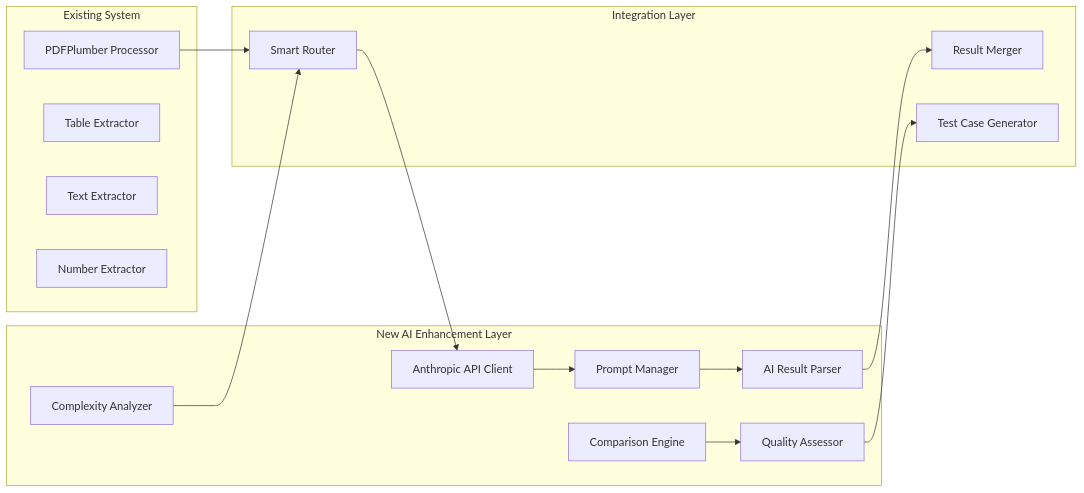
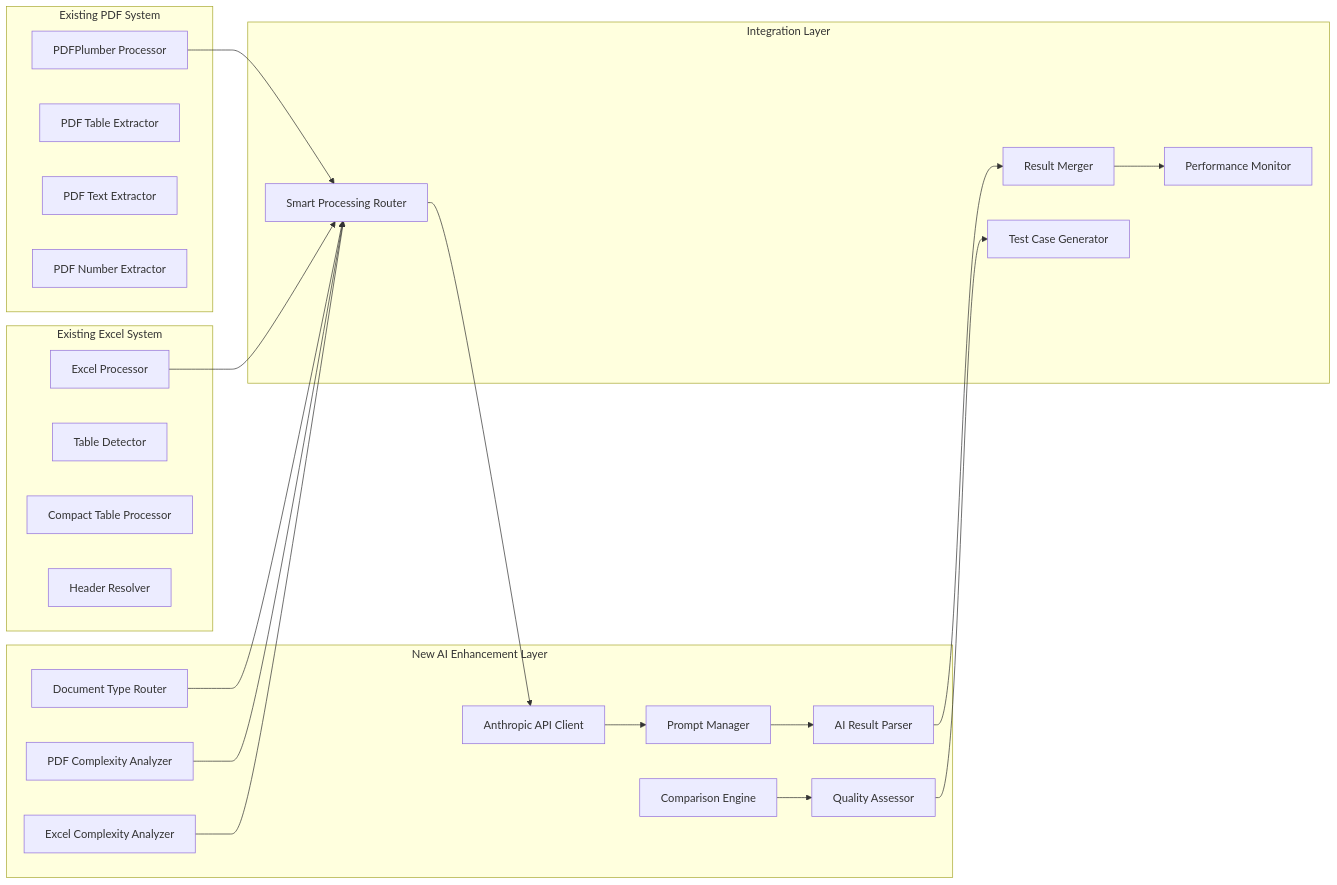
One commit to ib-agent/excel-ingest-convert-to-JSON changed the second of 2 diagrams in docs/anthropic-ai-enhancement-design.md. Above: the diagram before and after it, drawn with Mermaid. The commit also changed other lines of this file and 27 other files, not shown here.

````diff
--- a/docs/anthropic-ai-enhancement-design.md
+++ b/docs/anthropic-ai-enhancement-design.md
@@ -53,33 +216,47 @@
 ```mermaid
 graph LR
-    subgraph "Existing System"
+    subgraph "Existing PDF System"
         A[PDFPlumber Processor]
-        B[Table Extractor]
-        C[Text Extractor]
-        D[Number Extractor]
+        B[PDF Table Extractor]
+        C[PDF Text Extractor]
+        D[PDF Number Extractor]
+    end
+    
+    subgraph "Existing Excel System"
+        E[Excel Processor]
+        F[Table Detector]
+        G[Compact Table Processor]
+        H[Header Resolver]
     end
     
     subgraph "New AI Enhancement Layer"
-        E[Complexity Analyzer]
-        F[Anthropic API Client]
-        G[Prompt Manager]
-        H[AI Result Parser]
-        I[Comparison Engine]
-        J[Quality Assessor]
+        I[Document Type Router]
+        J[PDF Complexity Analyzer]
+        K[Excel Complexity Analyzer]
+        L[Anthropic API Client]
+        M[Prompt Manager]
+        N[AI Result Parser]
+        O[Comparison Engine]
+        P[Quality Assessor]
     end
     
     subgraph "Integration Layer"
-        K[Smart Router]
-        L[Result Merger]
-        M[Test Case Generator]
+        Q[Smart Processing Router]
+        R[Result Merger]
+        S[Test Case Generator]
+        T[Performance Monitor]
     end
     
-    A --> K
-    E --> K
-    K --> F
-    F --> G
-    G --> H
-    H --> L
-    I --> J
-    J --> M
+    A --> Q
+    E --> Q
+    I --> Q
+    J --> Q
+    K --> Q
+    Q --> L
+    L --> M
+    M --> N
+    N --> R
+    O --> P
+    P --> S
+    R --> T
 ```
````
